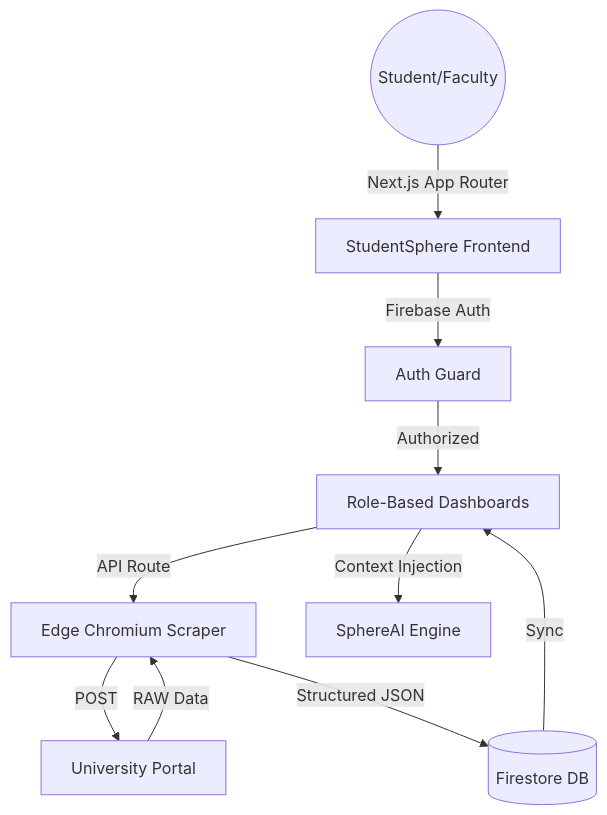
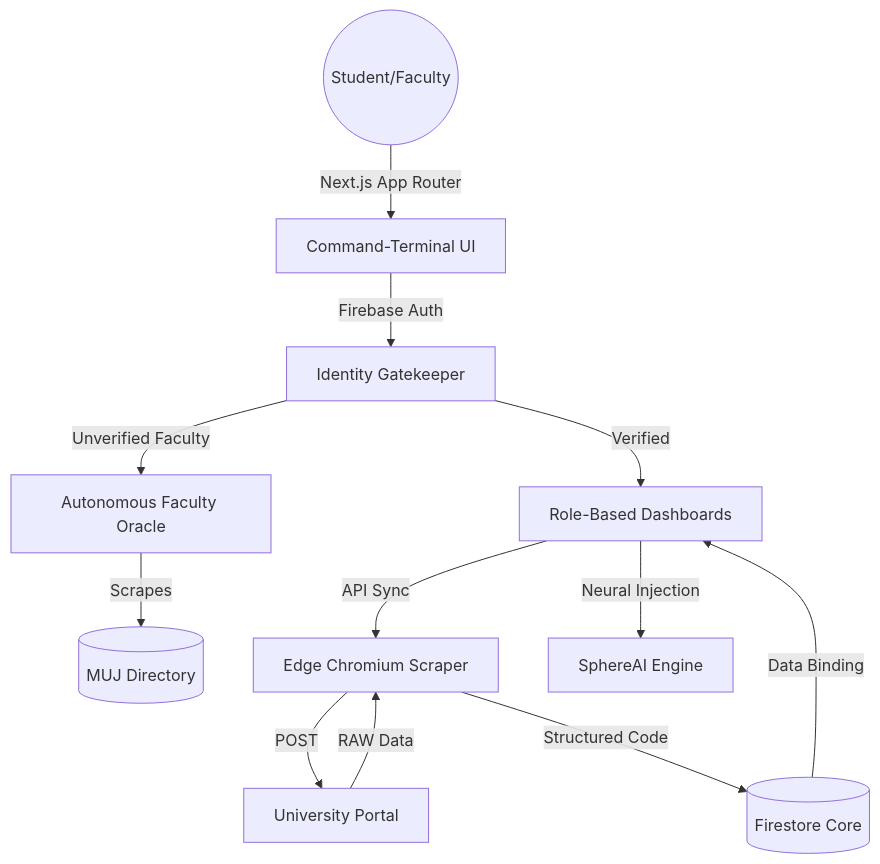
Before and after one commit to shreybansal365/studentsphere: the diagram in README.md, drawn with Mermaid. The commit also changed other lines of this file and 21 other files, not shown here.

First line of the commit message:
feat: Architected Autonomous Faculty Oracle & High-Fidelity Infrastructure

````diff
--- a/README.md
+++ b/README.md
@@ -54,12 +59,14 @@
 ```mermaid
 graph TD
-    User((Student/Faculty)) -->|Next.js App Router| Frontend[StudentSphere Frontend]
-    Frontend -->|Firebase Auth| AuthServer[Auth Guard]
-    AuthServer -->|Authorized| Dashboard[Role-Based Dashboards]
-    Dashboard -->|API Route| Scraper[Edge Chromium Scraper]
+    User((Student/Faculty)) -->|Next.js App Router| Terminal[Command-Terminal UI]
+    Terminal -->|Firebase Auth| Gatekeeper[Identity Gatekeeper]
+    Gatekeeper -->|Unverified Faculty| Oracle[Autonomous Faculty Oracle]
+    Oracle -->|Scrapes| Directory[(MUJ Directory)]
+    Gatekeeper -->|Verified| Dashboard[Role-Based Dashboards]
+    Dashboard -->|API Sync| Scraper[Edge Chromium Scraper]
     Scraper -->|POST| SLCM[University Portal]
     SLCM -->|RAW Data| Scraper
-    Scraper -->|Structured JSON| Firestore[(Firestore DB)]
-    Firestore -->|Sync| Dashboard
-    Dashboard -->|Context Injection| AI[SphereAI Engine]
+    Scraper -->|Structured Code| Firestore[(Firestore Core)]
+    Firestore -->|Data Binding| Dashboard
+    Dashboard -->|Neural Injection| AI[SphereAI Engine]
 ```
````
